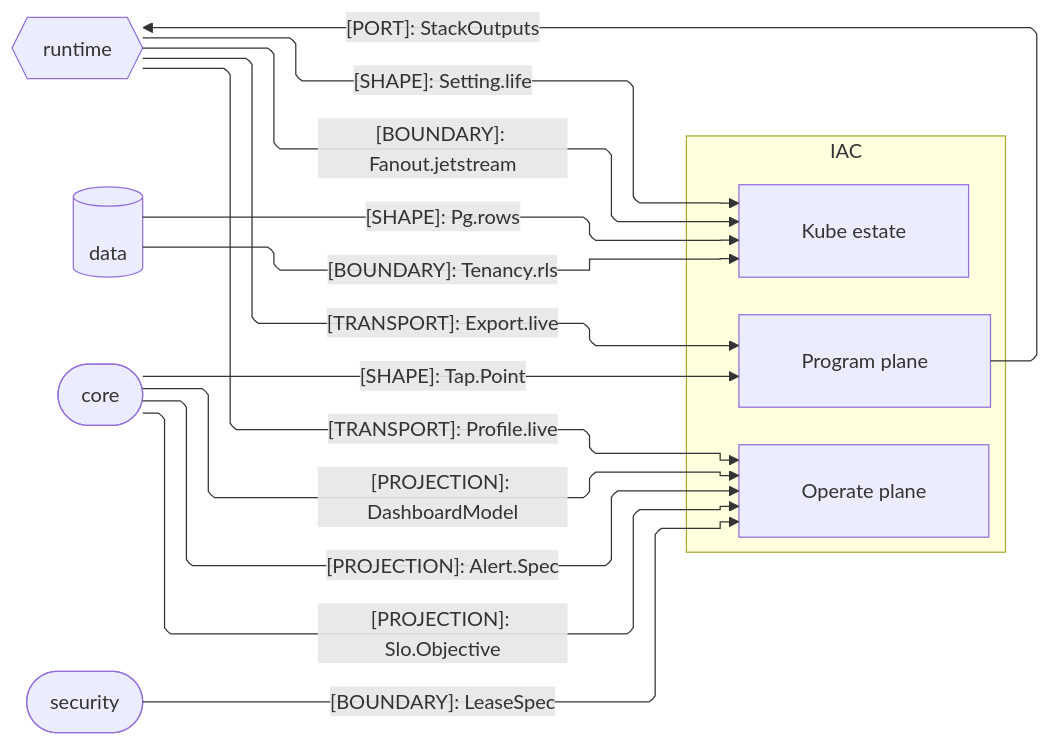
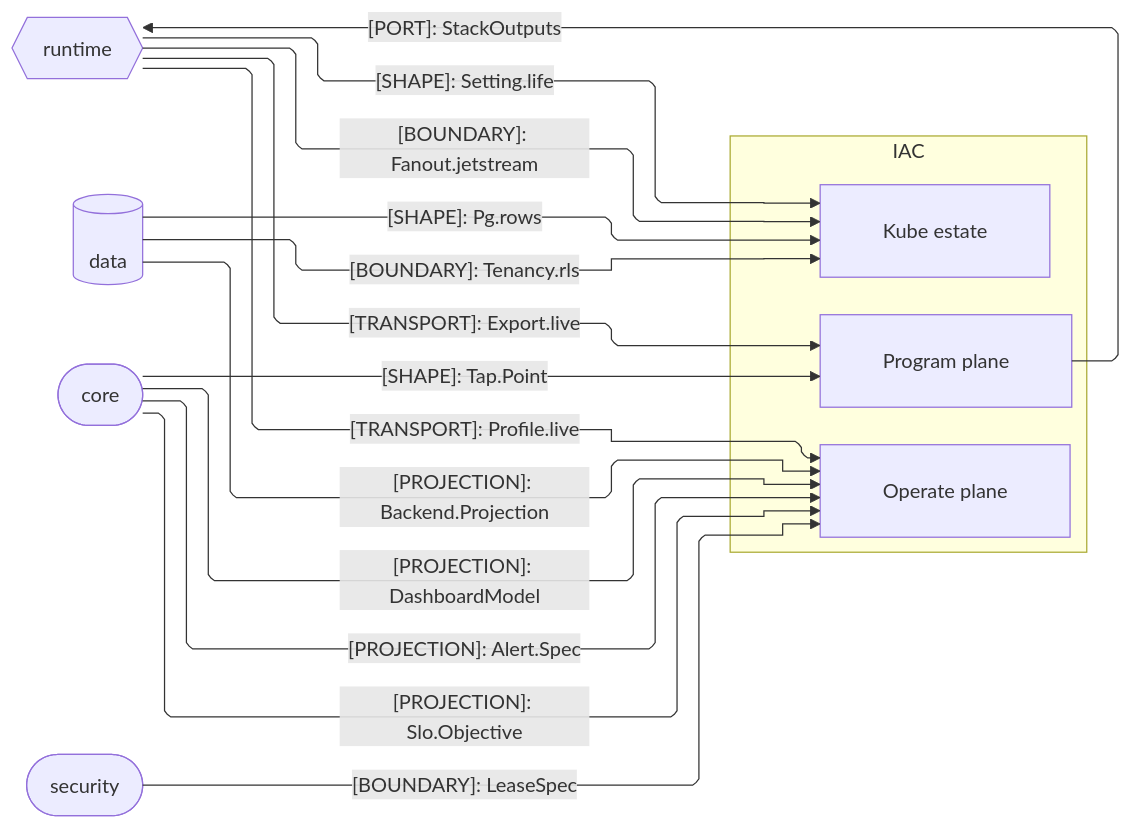
The second of 2 diagrams in libs/typescript/iac/ARCHITECTURE.md (bsamiee/Rasm), drawn with Mermaid before and after one commit. The commit also changed other lines of this file and 486 other files, not shown here.

````diff
--- a/libs/typescript/iac/ARCHITECTURE.md
+++ b/libs/typescript/iac/ARCHITECTURE.md
@@ -77,33 +78,34 @@
 ```mermaid
 ---
 config:
   layout: elk
   flowchart:
     curve: linear
     padding: 25
 ---
 flowchart LR
     accTitle: IaC package seam registry
     accDescr: IaC owners exchanging stack outputs, data-plane shapes, board packs, and lease custody with runtime, data, core, and security.
     subgraph iac[IAC]
         Program[Program plane]
         Operate[Operate plane]
         Kube[Kube estate]
     end
     Runtime{{runtime}}
     Data[(data)]
     Core([core])
     Security([security])
     Program e1@-->|"[PORT]: StackOutputs"| Runtime
     Data e2@-->|"[SHAPE]: Pg.rows"| Kube
     Data e3@-->|"[BOUNDARY]: Tenancy.rls"| Kube
+    Data e14@-->|"[PROJECTION]: Backend.Projection"| Operate
     Runtime e4@-->|"[BOUNDARY]: Fanout.jetstream"| Kube
     Runtime e5@-->|"[SHAPE]: Setting.life"| Kube
     Core e7@-->|"[PROJECTION]: DashboardModel"| Operate
     Core e8@-->|"[PROJECTION]: Alert.Spec"| Operate
     Core e9@-->|"[PROJECTION]: Slo.Objective"| Operate
     Runtime e10@-->|"[TRANSPORT]: Export.live"| Program
     Runtime e11@-->|"[TRANSPORT]: Profile.live"| Operate
     Core e12@-->|"[SHAPE]: Tap.Point"| Program
     Security e13@-->|"[BOUNDARY]: LeaseSpec"| Operate
 ```
````
